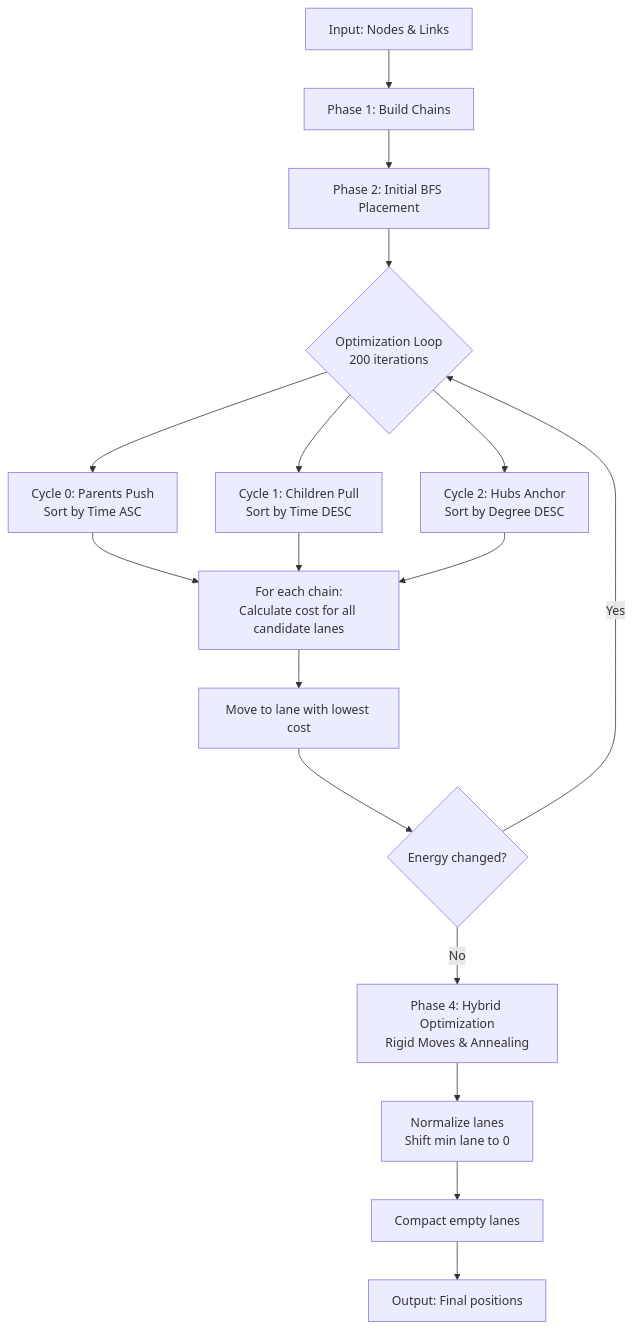
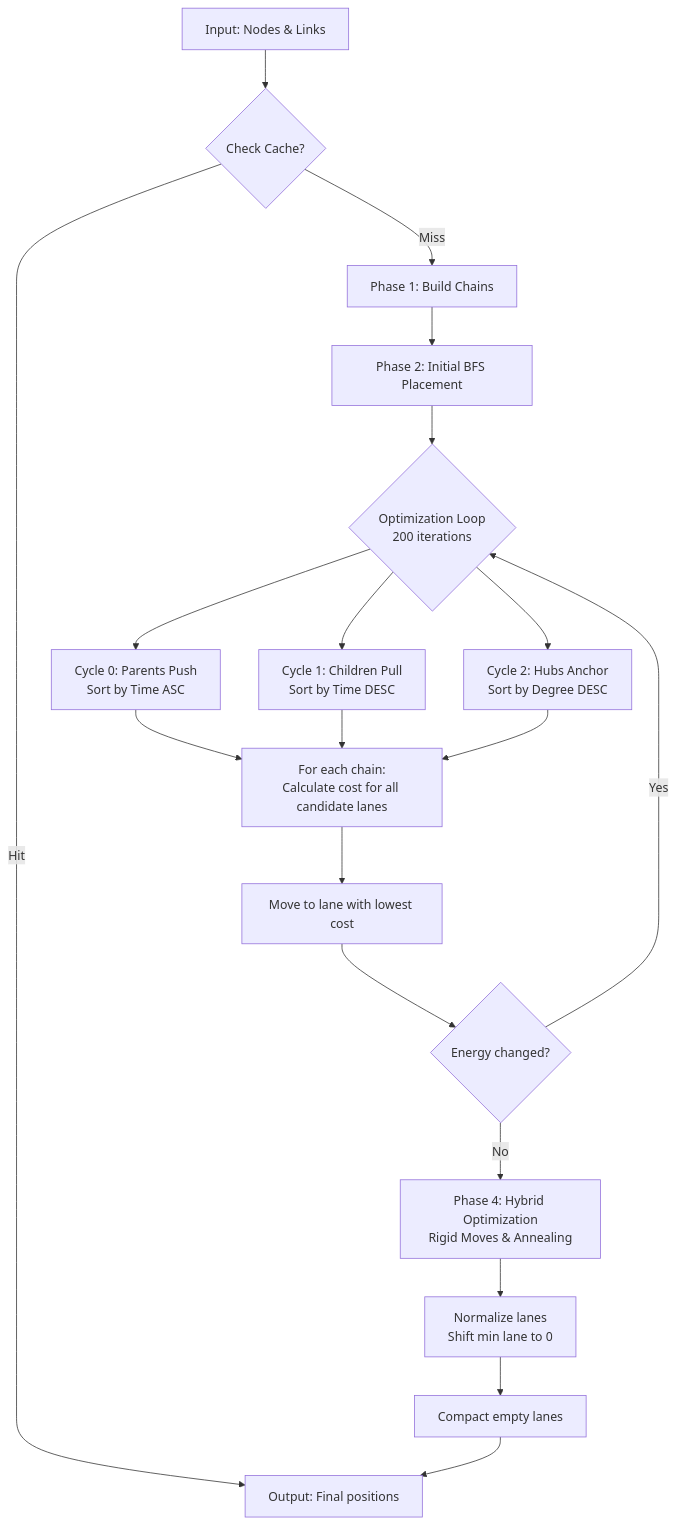
Before and after one commit to fjungplan/chainlines: the first of 2 diagrams in docs/layout_algorithm.md, drawn with Mermaid. The commit also changed other lines of this file and 2 other files, not shown here.

````diff
--- a/docs/layout_algorithm.md
+++ b/docs/layout_algorithm.md
@@ -228,19 +228,21 @@
 ```mermaid
 graph TD
-    A[Input: Nodes & Links] --> B[Phase 1: Build Chains]
+    A[Input: Nodes & Links] --> Check{Check Cache?}
+    Check -->|Hit| Output[Output: Final positions]
+    Check -->|Miss| B[Phase 1: Build Chains]
     B --> C[Phase 2: Initial BFS Placement]
     C --> D{Optimization Loop<br/>200 iterations}
     
     D --> E[Cycle 0: Parents Push<br/>Sort by Time ASC]
     D --> F[Cycle 1: Children Pull<br/>Sort by Time DESC]
     D --> G[Cycle 2: Hubs Anchor<br/>Sort by Degree DESC]
     
     E & F & G --> H[For each chain:<br/>Calculate cost for all candidate lanes]
     H --> I[Move to lane with lowest cost]
     I --> J{Energy changed?}
     J -->|Yes| D
     J -->|No| K[Phase 4: Hybrid Optimization<br/>Rigid Moves & Annealing]
     K --> L[Normalize lanes<br/>Shift min lane to 0]
     L --> M[Compact empty lanes]
-    M --> N[Output: Final positions]
+    M --> Output
 ```
````
